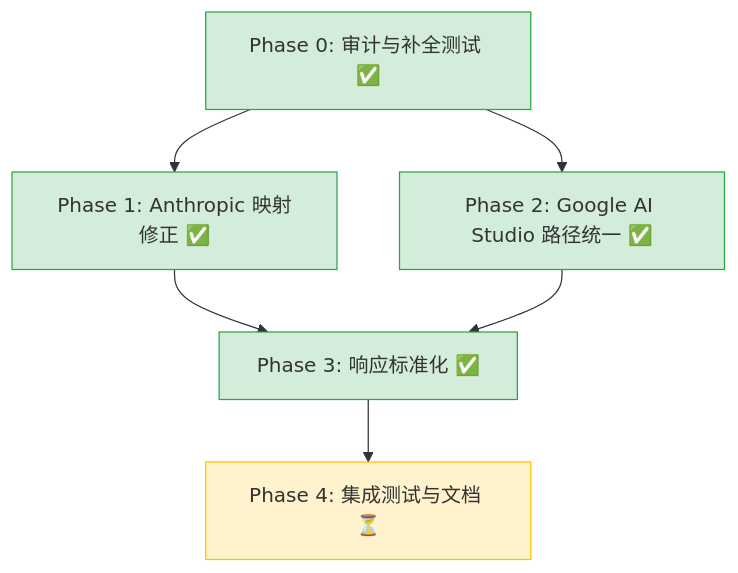
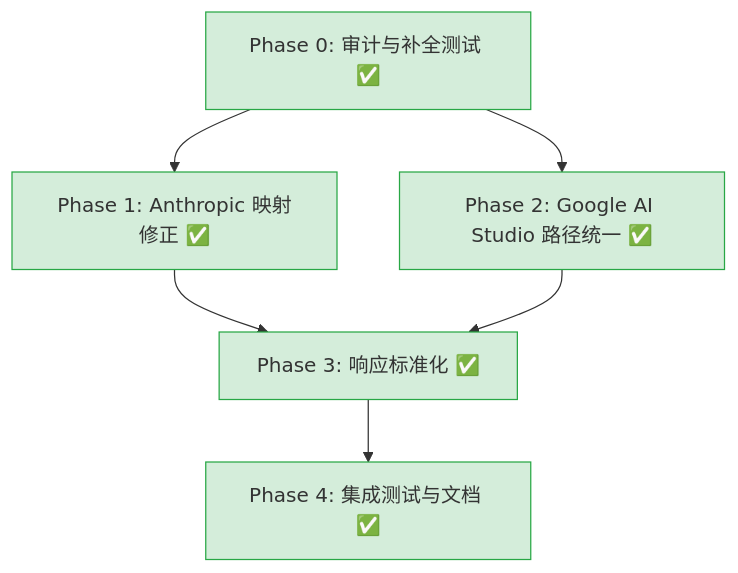
Before and after one commit to xandersbell/chainr: the diagram in docs/plan/SCHEMA_NORMALIZATION_PLAN.md, drawn with Mermaid. The commit also changed other lines of this file, not shown here.

First line of the commit message:
docs: mark schema normalization plan as fully completed

````diff
--- a/docs/plan/SCHEMA_NORMALIZATION_PLAN.md
+++ b/docs/plan/SCHEMA_NORMALIZATION_PLAN.md
@@ -206,20 +213,20 @@
 ```mermaid
 graph TD
     P0["Phase 0: 审计与补全测试 ✅"]
     P1["Phase 1: Anthropic 映射修正 ✅"]
     P2["Phase 2: Google AI Studio 路径统一 ✅"]
     P3["Phase 3: 响应标准化 ✅"]
-    P4["Phase 4: 集成测试与文档 ⏳"]
+    P4["Phase 4: 集成测试与文档 ✅"]
 
     P0 --> P1
     P0 --> P2
     P1 --> P3
     P2 --> P3
     P3 --> P4
 
     style P0 fill:#d4edda,stroke:#28a745,color:#333
     style P1 fill:#d4edda,stroke:#28a745,color:#333
     style P2 fill:#d4edda,stroke:#28a745,color:#333
     style P3 fill:#d4edda,stroke:#28a745,color:#333
-    style P4 fill:#fff3cd,stroke:#ffc107,color:#333
+    style P4 fill:#d4edda,stroke:#28a745,color:#333
 ```
````
